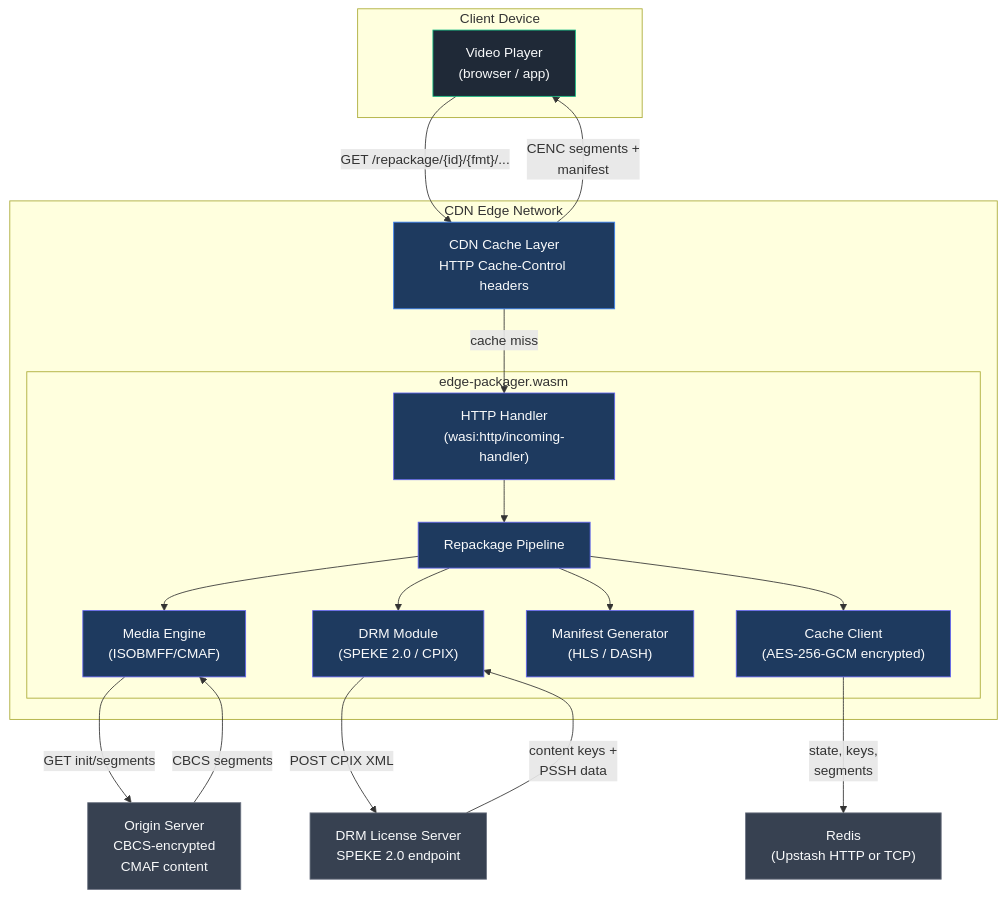
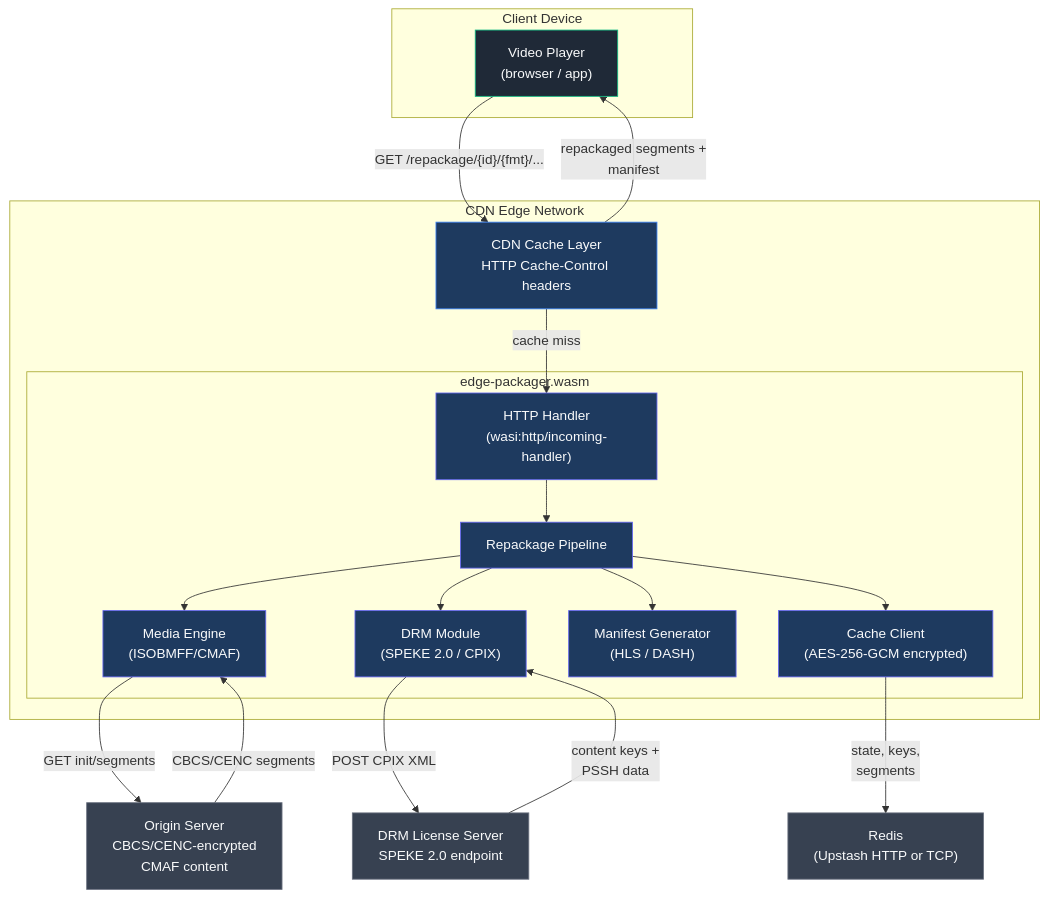
The first of 9 diagrams in docs/architecture.md (adrums86/edgepack), drawn with Mermaid before and after one commit. The commit also changed other lines of this file and 22 other files, not shown here.

````diff
--- a/docs/architecture.md
+++ b/docs/architecture.md
@@ -11,46 +11,46 @@
 ```mermaid
 graph TB
     subgraph Client["Client Device"]
         Player["Video Player<br/>(browser / app)"]
     end
 
     subgraph CDN["CDN Edge Network"]
         Cache["CDN Cache Layer<br/>HTTP Cache-Control headers"]
         subgraph WASM["edge-packager.wasm"]
             Handler["HTTP Handler<br/>(wasi:http/incoming-handler)"]
             Pipeline["Repackage Pipeline"]
             MediaEngine["Media Engine<br/>(ISOBMFF/CMAF)"]
             DRM["DRM Module<br/>(SPEKE 2.0 / CPIX)"]
             ManifestGen["Manifest Generator<br/>(HLS / DASH)"]
             CacheMod["Cache Client<br/>(AES-256-GCM encrypted)"]
         end
     end
 
-    Origin["Origin Server<br/>CBCS-encrypted<br/>CMAF content"]
+    Origin["Origin Server<br/>CBCS/CENC-encrypted<br/>CMAF content"]
     LicenseServer["DRM License Server<br/>SPEKE 2.0 endpoint"]
     Redis["Redis<br/>(Upstash HTTP or TCP)"]
 
     Player -- "GET /repackage/{id}/{fmt}/..." --> Cache
     Cache -- "cache miss" --> Handler
     Handler --> Pipeline
     Pipeline --> MediaEngine
     Pipeline --> DRM
     Pipeline --> ManifestGen
     Pipeline --> CacheMod
     CacheMod -- "state, keys,<br/>segments" --> Redis
     DRM -- "POST CPIX XML" --> LicenseServer
     LicenseServer -- "content keys +<br/>PSSH data" --> DRM
     MediaEngine -- "GET init/segments" --> Origin
-    Origin -- "CBCS segments" --> MediaEngine
-    Cache -- "CENC segments +<br/>manifest" --> Player
+    Origin -- "CBCS/CENC segments" --> MediaEngine
+    Cache -- "repackaged segments +<br/>manifest" --> Player
 
     classDef external fill:#374151,stroke:#6B7280,color:#F9FAFB
     classDef cdn fill:#1E3A5F,stroke:#3B82F6,color:#F9FAFB
     classDef wasm fill:#1E3A5F,stroke:#6366F1,color:#F9FAFB
     classDef client fill:#1F2937,stroke:#10B981,color:#F9FAFB
 
     class Player client
     class Cache cdn
     class Handler,Pipeline,MediaEngine,DRM,ManifestGen,CacheMod wasm
     class Origin,LicenseServer,Redis external
 ```
````
